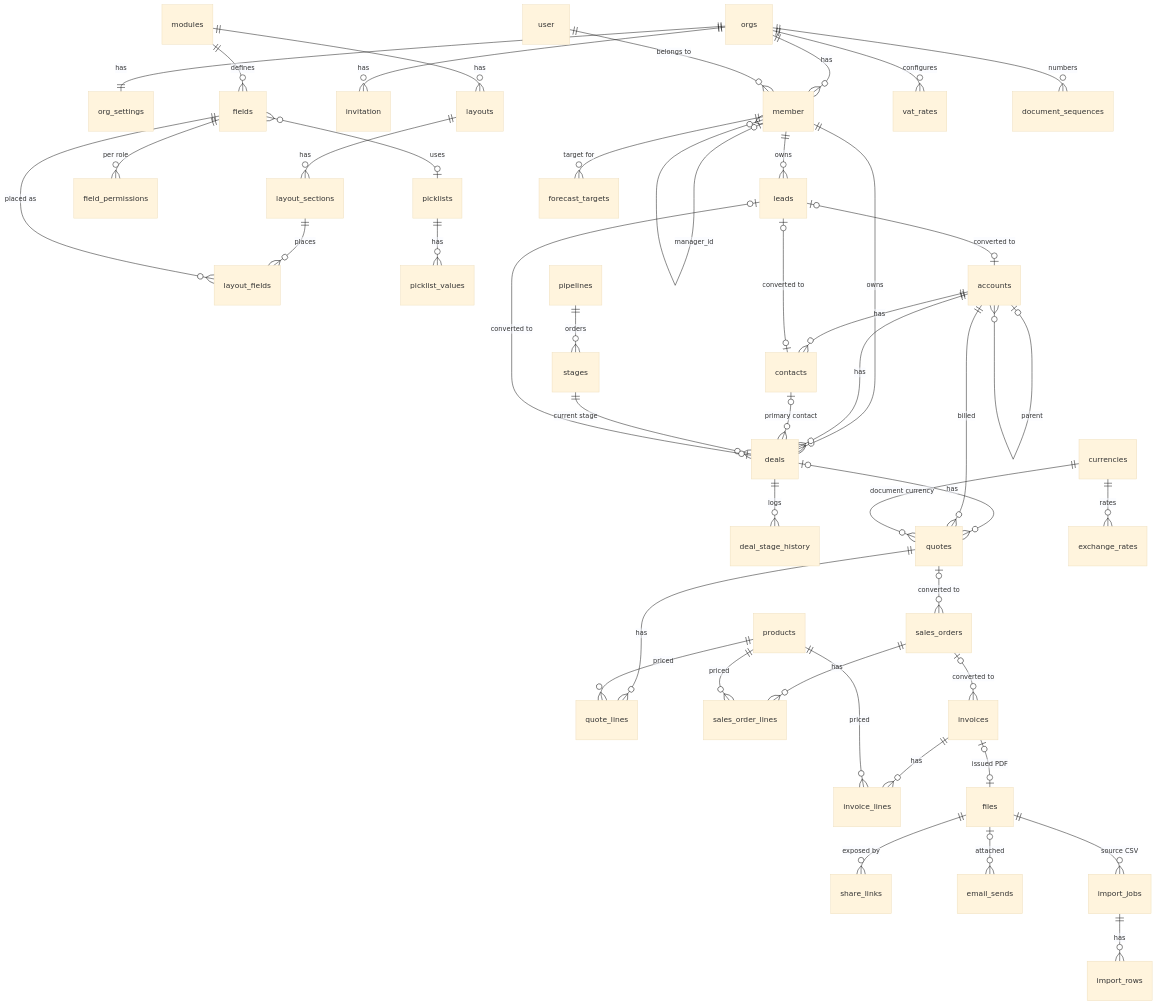
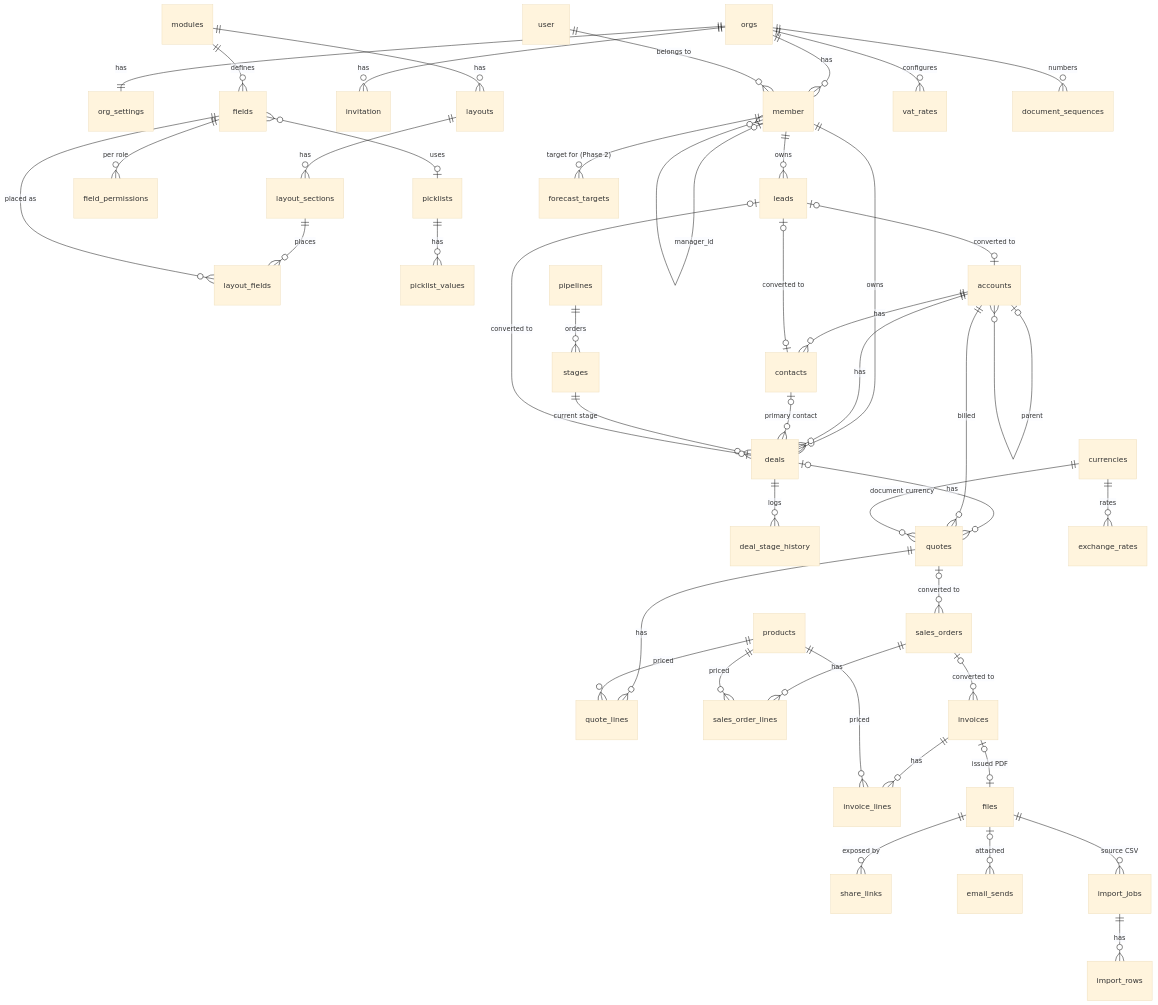
Before and after one commit to MuhdSahal99/CRM: the diagram in docs/SCHEMA.md, drawn with Mermaid (base theme). The commit also changed other lines of this file and 4 other files, not shown here.

````diff
--- a/docs/SCHEMA.md
+++ b/docs/SCHEMA.md
@@ -58,52 +58,52 @@
 ```mermaid
 erDiagram
   orgs ||--|| org_settings : has
   orgs ||--o{ member : has
   user ||--o{ member : "belongs to"
   member |o--o{ member : "manager_id"
   orgs ||--o{ invitation : has
 
   modules ||--o{ fields : defines
   modules ||--o{ layouts : has
   layouts ||--o{ layout_sections : has
   layout_sections ||--o{ layout_fields : places
   fields ||--o{ layout_fields : "placed as"
   fields ||--o{ field_permissions : "per role"
   picklists ||--o{ picklist_values : has
   fields }o--o| picklists : uses
 
   member ||--o{ leads : owns
   member ||--o{ deals : owns
   accounts |o--o{ accounts : parent
   accounts ||--o{ contacts : has
   accounts ||--o{ deals : has
   contacts |o--o{ deals : "primary contact"
   pipelines ||--o{ stages : orders
   stages ||--o{ deals : "current stage"
   deals ||--o{ deal_stage_history : logs
   leads |o--o| accounts : "converted to"
   leads |o--o| contacts : "converted to"
   leads |o--o| deals : "converted to"
 
   deals |o--o{ quotes : has
   accounts ||--o{ quotes : billed
   quotes ||--o{ quote_lines : has
   quotes |o--o{ sales_orders : "converted to"
   sales_orders ||--o{ sales_order_lines : has
   sales_orders |o--o{ invoices : "converted to"
   invoices ||--o{ invoice_lines : has
   products ||--o{ quote_lines : priced
   products ||--o{ sales_order_lines : priced
   products ||--o{ invoice_lines : priced
   currencies ||--o{ exchange_rates : rates
   currencies ||--o{ quotes : "document currency"
   orgs ||--o{ vat_rates : configures
   orgs ||--o{ document_sequences : numbers
 
   files ||--o{ share_links : "exposed by"
   files |o--o{ email_sends : attached
   invoices |o--o| files : "issued PDF"
-  member ||--o{ forecast_targets : "target for"
+  member ||--o{ forecast_targets : "target for (Phase 2)"
   import_jobs ||--o{ import_rows : has
   files ||--o{ import_jobs : "source CSV"
 ```
````
